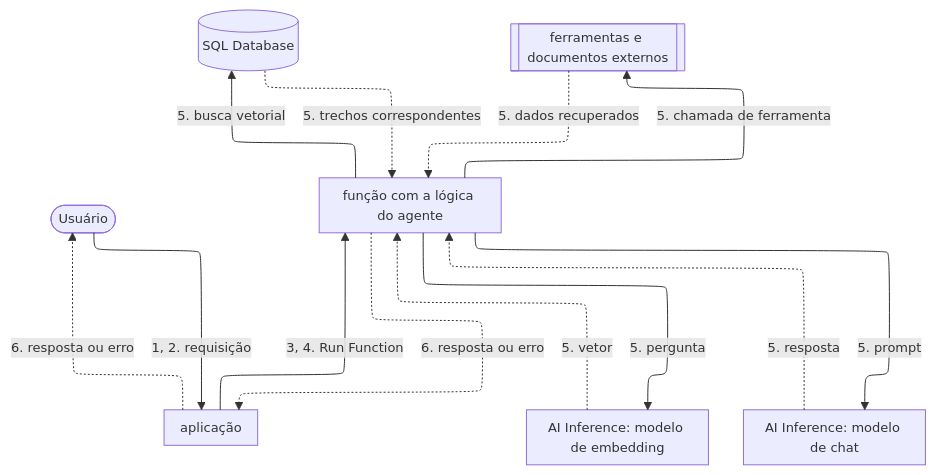
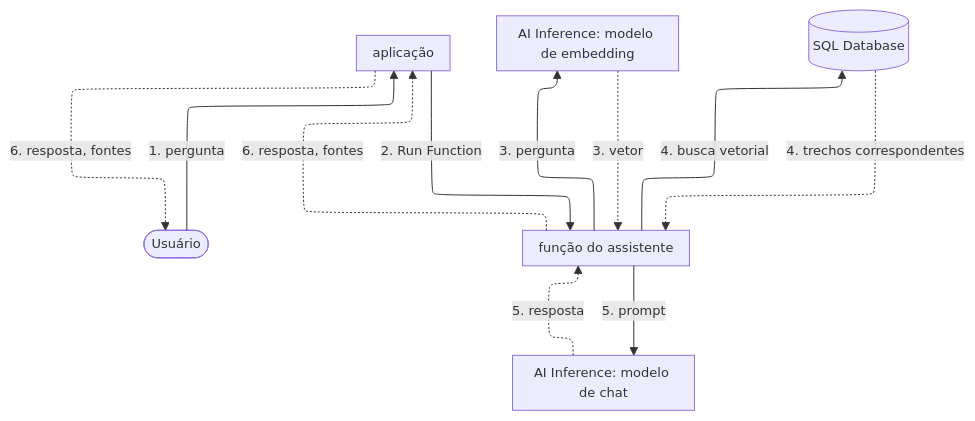
The diagram in apps/docs/src/content/docs/pt-br/pages/arquiteturas/artificial-intelligence/ai-agent-copilot.mdx (aziontech/docs), drawn with Mermaid before and after one commit. The commit also changed other lines of this file and 5 other files, not shown here.

````diff
--- a/apps/docs/src/content/docs/pt-br/pages/arquiteturas/artificial-intelligence/ai-agent-copilot.mdx
+++ b/apps/docs/src/content/docs/pt-br/pages/arquiteturas/artificial-intelligence/ai-agent-copilot.mdx
@@ -37,23 +25,20 @@
 ```mermaid
 %%{init: {"layout": "elk", "elk": {"cycleBreakingStrategy": "MODEL_ORDER"}, "themeVariables": {"fontSize": "13px"}, "flowchart": {"nodeSpacing": 24, "rankSpacing": 36, "padding": 8, "wrappingWidth": 150, "useMaxWidth": true}, "sequence": {"width": 120, "actorMargin": 30, "useMaxWidth": true}}}%%
 flowchart TD
   User(["Usuário"])
   App["aplicação"]
-  Fn["função com a lógica do agente"]
+  Fn["função do assistente"]
   Embed["AI Inference: modelo de embedding"]
   DB[("SQL Database")]
-  Tools[["ferramentas e documentos externos"]]
   Chat["AI Inference: modelo de chat"]
-  User -->|"1, 2. requisição"| App
-  App -->|"3, 4. Run Function"| Fn
-  Fn -->|"5. pergunta"| Embed
-  Fn -->|"5. busca vetorial"| DB
-  Fn -->|"5. chamada de ferramenta"| Tools
+  User -->|"1. pergunta"| App
+  App -->|"2. Run Function"| Fn
+  Fn -->|"3. pergunta"| Embed
+  Fn -->|"4. busca vetorial"| DB
   Fn -->|"5. prompt"| Chat
-  Embed -.->|"5. vetor"| Fn
-  DB -.->|"5. trechos correspondentes"| Fn
-  Tools -.->|"5. dados recuperados"| Fn
+  Embed -.->|"3. vetor"| Fn
+  DB -.->|"4. trechos correspondentes"| Fn
   Chat -.->|"5. resposta"| Fn
-  Fn -.->|"6. resposta ou erro"| App
-  App -.->|"6. resposta ou erro"| User
+  Fn -.->|"6. resposta, fontes"| App
+  App -.->|"6. resposta, fontes"| User
 ```
````
